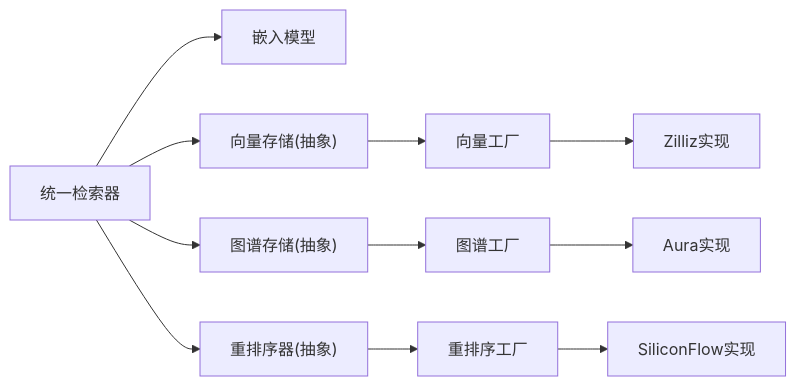
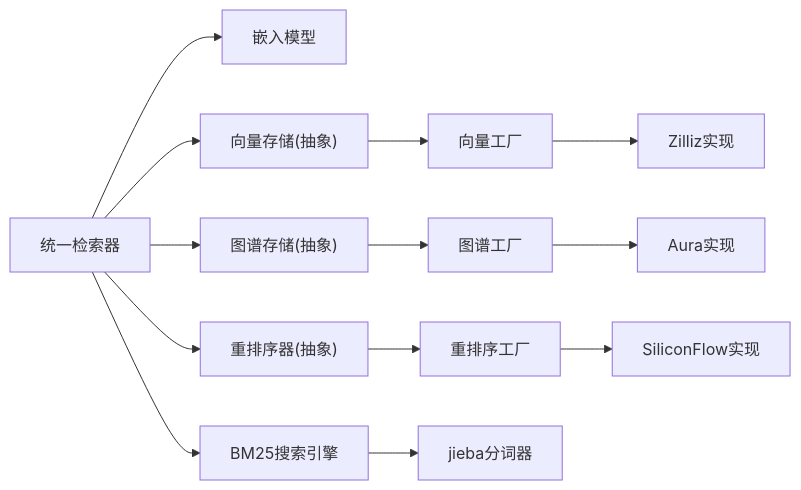
The seventh of 7 diagrams in .qoder/repowiki/zh/content/核心模块详解/RAG检索系统.md (zmdhdu/NexusCockpit), drawn with Mermaid before and after one commit. The commit also changed other lines of this file and 21 other files, not shown here.

````diff
--- a/.qoder/repowiki/zh/content/核心模块详解/RAG检索系统.md
+++ b/.qoder/repowiki/zh/content/核心模块详解/RAG检索系统.md
@@ -343,13 +362,15 @@
 ```mermaid
 graph LR
 UR["统一检索器"] --> EMB["嵌入模型"]
 UR --> VST["向量存储(抽象)"]
+UR --> BM25["BM25搜索引擎"]
 UR --> GST["图谱存储(抽象)"]
 UR --> RER["重排序器(抽象)"]
 VST --> VF["向量工厂"]
 GST --> GF["图谱工厂"]
 RER --> RF["重排序工厂"]
 VF --> ZVS["Zilliz实现"]
 GF --> AGS["Aura实现"]
 RF --> SFR["SiliconFlow实现"]
+BM25 --> JIEBA["jieba分词器"]
 ```
````
